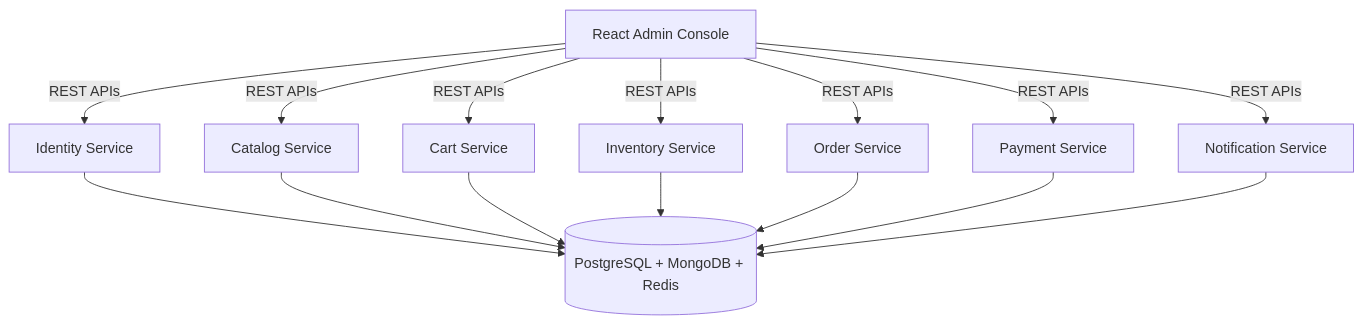
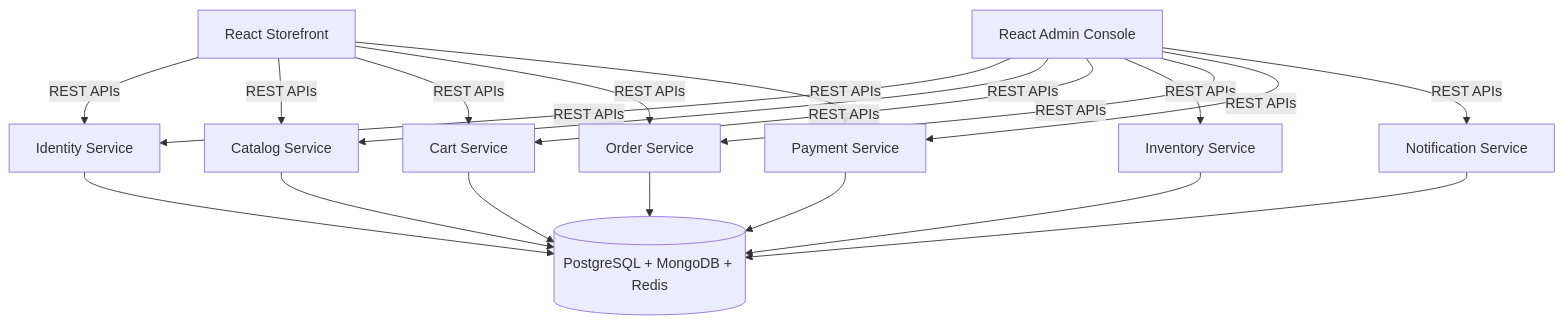
One commit to abhishekghoshh/spring-boot-helper changed the diagram in projects-v2/nove-commerce/AGENT.md. Above: the diagram before and after it, drawn with Mermaid. The commit also changed other lines of this file and 1222 other files, not shown here.

````diff
--- a/projects-v2/nove-commerce/AGENT.md
+++ b/projects-v2/nove-commerce/AGENT.md
@@ -163,18 +196,24 @@
 ```mermaid
 flowchart TD
-    UI[React Admin Console] -->|REST APIs| Identity[Identity Service]
-    UI -->|REST APIs| Catalog[Catalog Service]
-    UI -->|REST APIs| Cart[Cart Service]
-    UI -->|REST APIs| Inventory[Inventory Service]
-    UI -->|REST APIs| Order[Order Service]
-    UI -->|REST APIs| Payment[Payment Service]
-    UI -->|REST APIs| Notification[Notification Service]
+    AdminUI[React Admin Console] -->|REST APIs| Identity[Identity Service]
+    AdminUI -->|REST APIs| Catalog[Catalog Service]
+    AdminUI -->|REST APIs| Cart[Cart Service]
+    AdminUI -->|REST APIs| Inventory[Inventory Service]
+    AdminUI -->|REST APIs| Order[Order Service]
+    AdminUI -->|REST APIs| Payment[Payment Service]
+    AdminUI -->|REST APIs| Notification[Notification Service]
+
+    StorefrontUI[React Storefront] -->|REST APIs| Identity
+    StorefrontUI -->|REST APIs| Catalog
+    StorefrontUI -->|REST APIs| Cart
+    StorefrontUI -->|REST APIs| Order
+    StorefrontUI -->|REST APIs| Payment
 
     Identity --> DataStores[(PostgreSQL + MongoDB + Redis)]
     Catalog --> DataStores
     Cart --> DataStores
     Inventory --> DataStores
     Order --> DataStores
     Payment --> DataStores
     Notification --> DataStores
 ```
````
